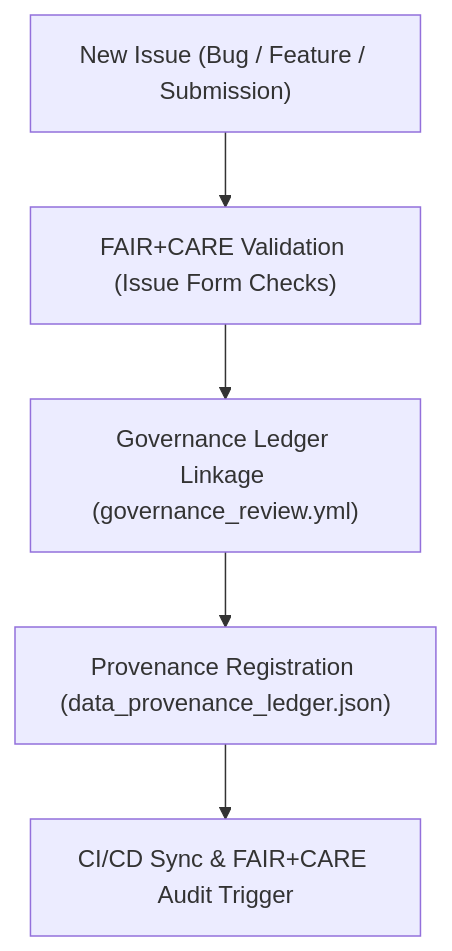
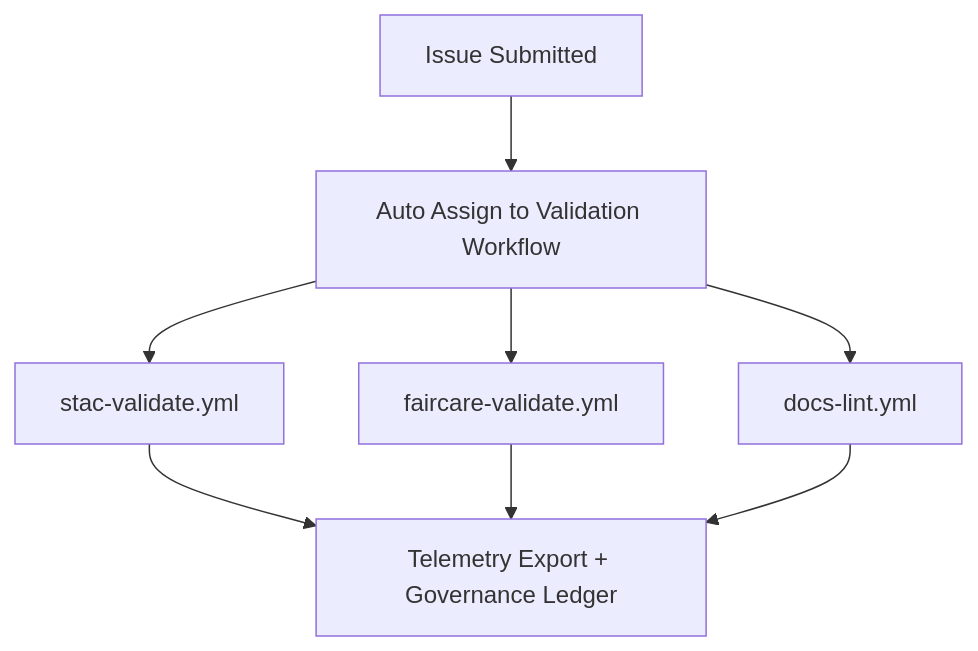
The diagram in .github/ISSUE_TEMPLATE/README.md (bartytime4life/Kansas-Frontier-Matrix), drawn with Mermaid before and after one commit. The commit also changed other lines of this file, not shown here.

````diff
--- a/.github/ISSUE_TEMPLATE/README.md
+++ b/.github/ISSUE_TEMPLATE/README.md
@@ -61,7 +140,8 @@
 ```mermaid
 flowchart TD
-    A["New Issue (Bug / Feature / Submission)"] --> B["FAIR+CARE Validation (Issue Form Checks)"]
-    B --> C["Governance Ledger Linkage (governance_review.yml)"]
-    C --> D["Provenance Registration (data_provenance_ledger.json)"]
-    D --> E["CI/CD Sync & FAIR+CARE Audit Trigger"]
+A["Issue Submitted"] --> B["Auto Assign to Validation Workflow"]
+B --> C["stac-validate.yml"]
+B --> D["faircare-validate.yml"]
+B --> E["docs-lint.yml"]
+C & D & E --> F["Telemetry Export + Governance Ledger"]
 ```
````
